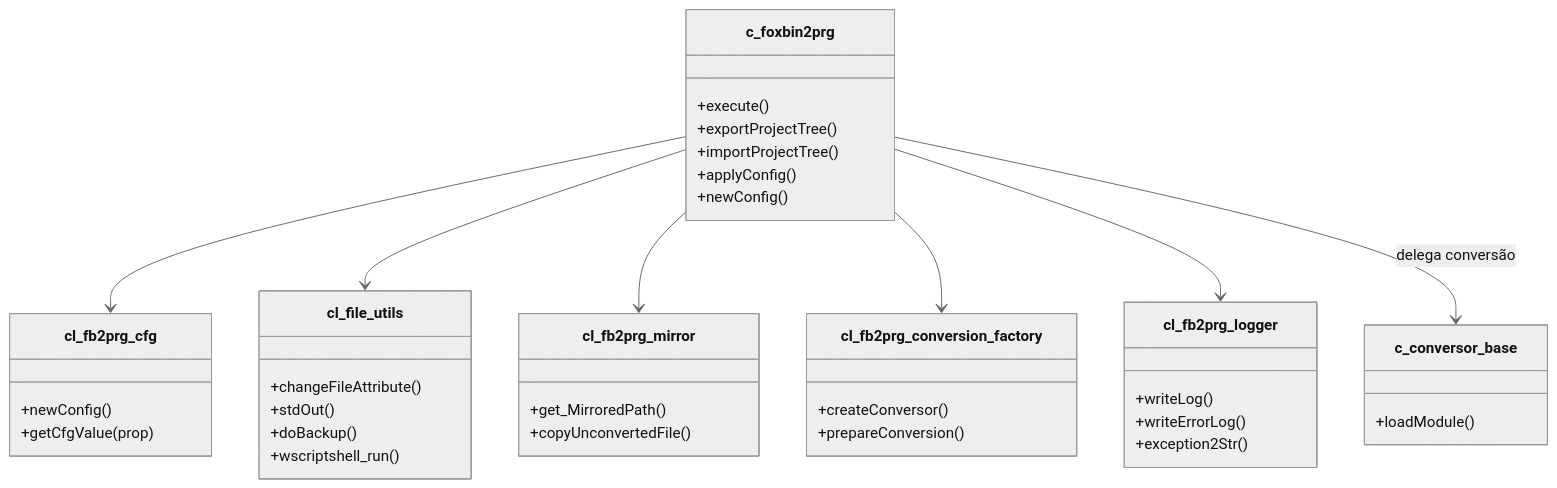
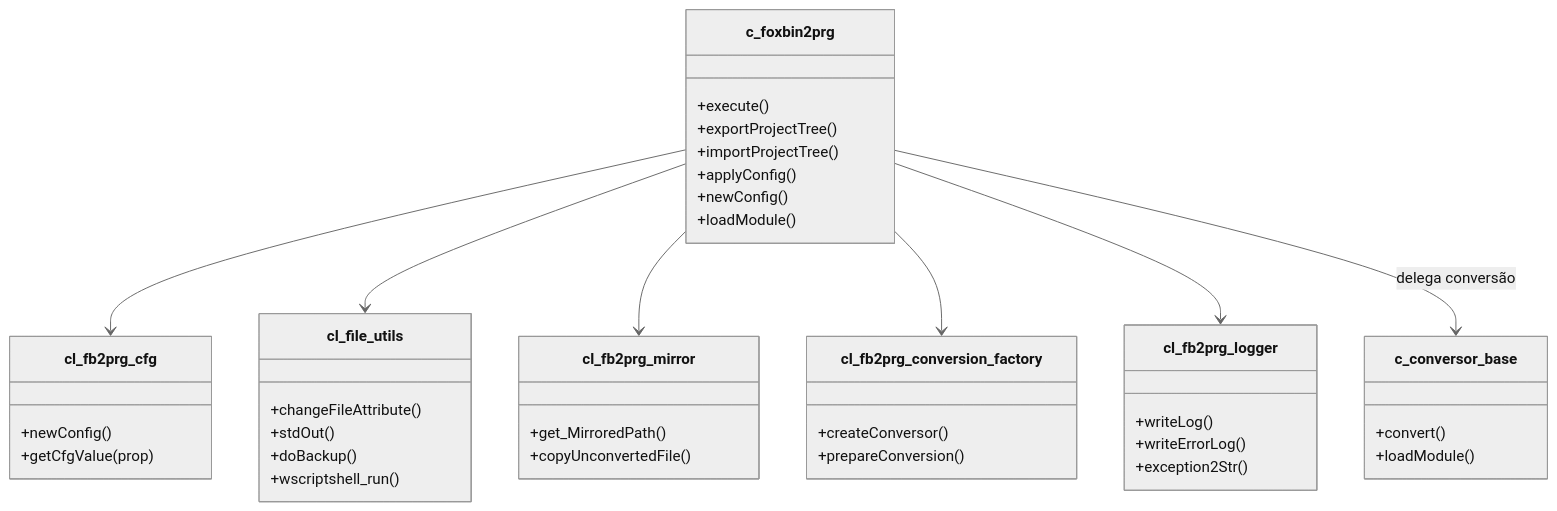
The second of 3 diagrams in docs/c_foxbin2prg_ClassAnalysis.md (lkmatsumura/foxbin2prg), drawn with Mermaid (neutral theme) before and after one commit. The commit also changed other lines of this file, not shown here.

````diff
--- a/docs/c_foxbin2prg_ClassAnalysis.md
+++ b/docs/c_foxbin2prg_ClassAnalysis.md
@@ -345,43 +445,45 @@
 ```mermaid
 classDiagram
     class c_foxbin2prg {
         +execute()
         +exportProjectTree()
         +importProjectTree()
         +applyConfig()
         +newConfig()
+        +loadModule()
     }
     class cl_fb2prg_cfg {
         +newConfig()
         +getCfgValue(prop)
     }
     class cl_fb2prg_logger {
         +writeLog()
         +writeErrorLog()
         +exception2Str()
     }
     class cl_file_utils {
         +changeFileAttribute()
         +stdOut()
         +doBackup()
         +wscriptshell_run()
     }
     class cl_fb2prg_mirror {
         +get_MirroredPath()
         +copyUnconvertedFile()
     }
     class cl_fb2prg_conversion_factory {
         +createConversor()
         +prepareConversion()
     }
     class c_conversor_base {
+        +convert()
         +loadModule()
     }
 
     c_foxbin2prg --> cl_fb2prg_cfg
     c_foxbin2prg --> cl_file_utils
     c_foxbin2prg --> cl_fb2prg_mirror
     c_foxbin2prg --> cl_fb2prg_conversion_factory
     c_foxbin2prg --> cl_fb2prg_logger
     c_foxbin2prg --> c_conversor_base : delega conversão
 ```
````
